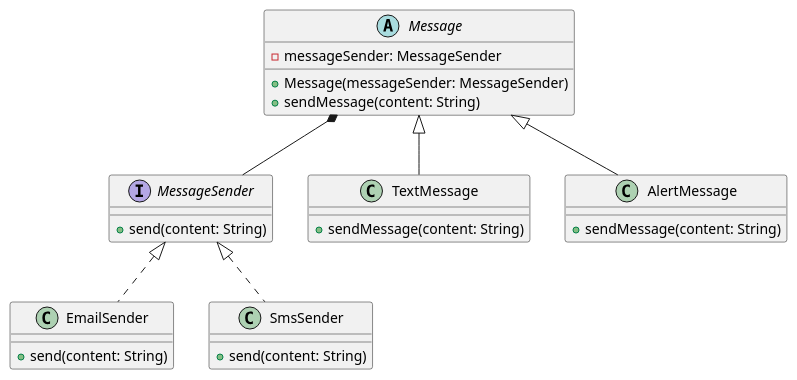
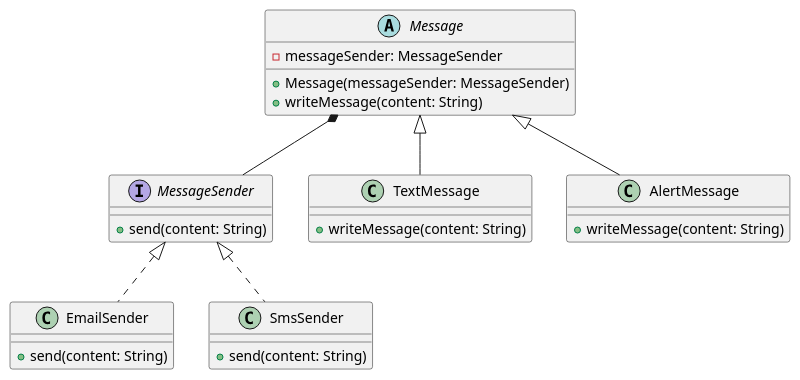
One commit to tanishasri22/LLD changed the diagram in structuralPattern/bridgePattern/messagingSystem/uml/uml.puml. Above: the diagram before and after it, drawn with PlantUML. The commit also changed 13 other files, not shown here.

```diff
--- a/structuralPattern/bridgePattern/messagingSystem/uml/uml.puml
+++ b/structuralPattern/bridgePattern/messagingSystem/uml/uml.puml
@@ -1,38 +1,38 @@
 @startuml
 
 ' Interfaces
 interface MessageSender {
     +send(content: String)
 }
 
 ' Concrete Implementations
 class EmailSender implements MessageSender {
     +send(content: String)
 }
 
 class SmsSender implements MessageSender {
     +send(content: String)
 }
 
 ' Abstraction
 abstract class Message {
     -messageSender: MessageSender
     +Message(messageSender: MessageSender)
-    +sendMessage(content: String)
+    +writeMessage(content: String)
 }
 
 ' Refined Abstractions
 class TextMessage extends Message {
-    +sendMessage(content: String)
+    +writeMessage(content: String)
 }
 
 class AlertMessage extends Message {
-    +sendMessage(content: String)
+    +writeMessage(content: String)
 }
 
 
 
 Message *-- MessageSender
 
 
 @enduml
```
